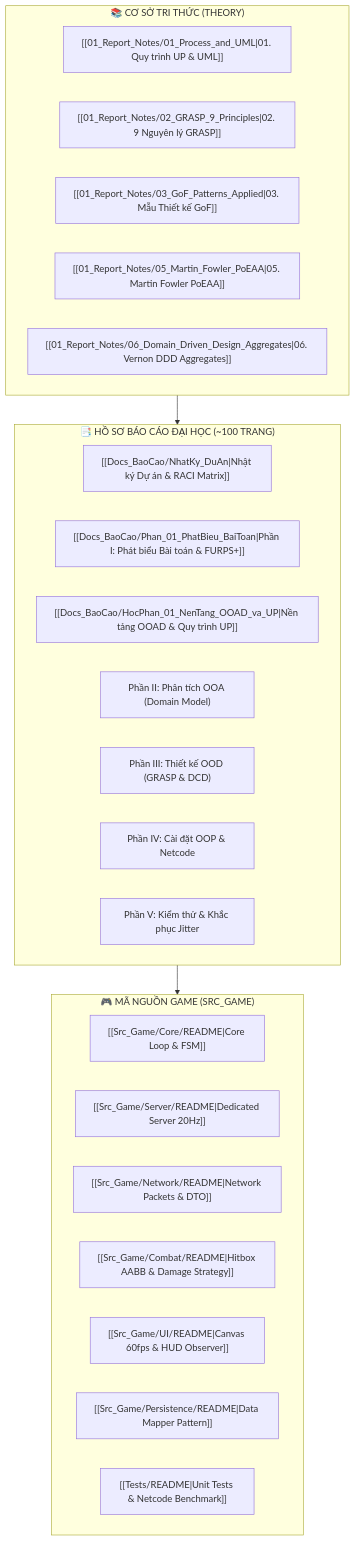
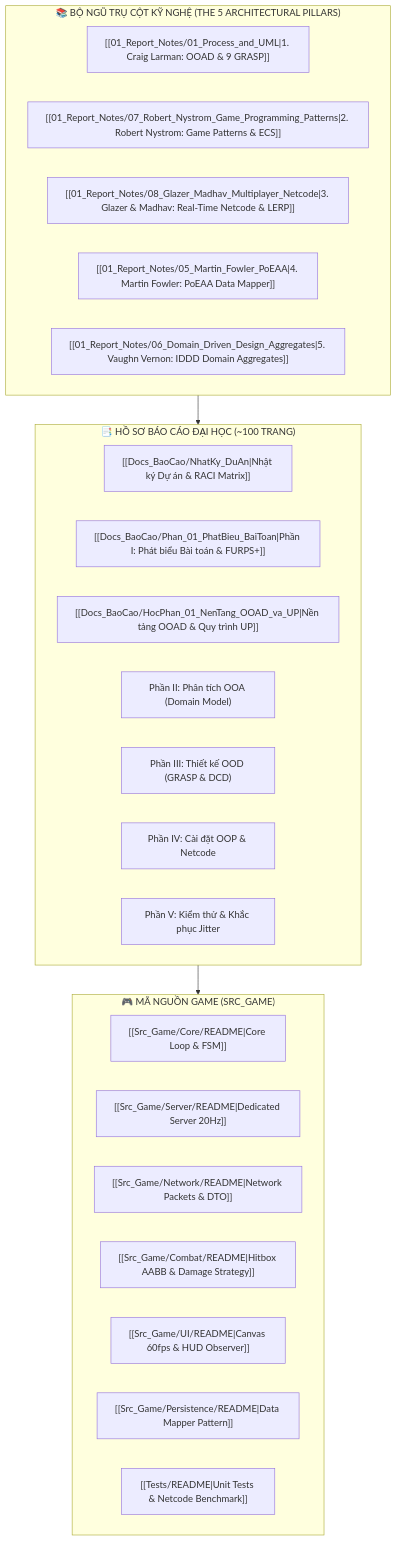
The diagram in DASHBOARD.md (Tran1209/UML-Patterns-Mastery), drawn with Mermaid before and after one commit. The commit also changed other lines of this file and 4 other files, not shown here.

Commit message:
feat(architecture): reform project architecture to integrate the 5 modern software engineering pillars

````diff
--- a/DASHBOARD.md
+++ b/DASHBOARD.md
@@ -23,33 +23,33 @@
 ```mermaid
 flowchart TD
-    subgraph KB["📚 CƠ SỞ TRI THỨC (THEORY)"]
-        K1["[[01_Report_Notes/01_Process_and_UML|01. Quy trình UP & UML]]"]
-        K2["[[01_Report_Notes/02_GRASP_9_Principles|02. 9 Nguyên lý GRASP]]"]
-        K3["[[01_Report_Notes/03_GoF_Patterns_Applied|03. Mẫu Thiết kế GoF]]"]
-        K4["[[01_Report_Notes/05_Martin_Fowler_PoEAA|05. Martin Fowler PoEAA]]"]
-        K5["[[01_Report_Notes/06_Domain_Driven_Design_Aggregates|06. Vernon DDD Aggregates]]"]
+    subgraph KB["📚 BỘ NGŨ TRỤ CỘT KỸ NGHỆ (THE 5 ARCHITECTURAL PILLARS)"]
+        K1["[[01_Report_Notes/01_Process_and_UML|1. Craig Larman: OOAD & 9 GRASP]]"]
+        K2["[[01_Report_Notes/07_Robert_Nystrom_Game_Programming_Patterns|2. Robert Nystrom: Game Patterns & ECS]]"]
+        K3["[[01_Report_Notes/08_Glazer_Madhav_Multiplayer_Netcode|3. Glazer & Madhav: Real-Time Netcode & LERP]]"]
+        K4["[[01_Report_Notes/05_Martin_Fowler_PoEAA|4. Martin Fowler: PoEAA Data Mapper]]"]
+        K5["[[01_Report_Notes/06_Domain_Driven_Design_Aggregates|5. Vaughn Vernon: IDDD Domain Aggregates]]"]
     end
 
     subgraph REPORT["📑 HỒ SƠ BÁO CÁO ĐẠI HỌC (~100 TRANG)"]
         R0["[[Docs_BaoCao/NhatKy_DuAn|Nhật ký Dự án & RACI Matrix]]"]
         R1["[[Docs_BaoCao/Phan_01_PhatBieu_BaiToan|Phần I: Phát biểu Bài toán & FURPS+]]"]
         R2["[[Docs_BaoCao/HocPhan_01_NenTang_OOAD_va_UP|Nền tảng OOAD & Quy trình UP]]"]
         R3["Phần II: Phân tích OOA (Domain Model)"]
         R4["Phần III: Thiết kế OOD (GRASP & DCD)"]
         R5["Phần IV: Cài đặt OOP & Netcode"]
         R6["Phần V: Kiểm thử & Khắc phục Jitter"]
     end
 
     subgraph CODE["🎮 MÃ NGUỒN GAME (SRC_GAME)"]
         C1["[[Src_Game/Core/README|Core Loop & FSM]]"]
         C2["[[Src_Game/Server/README|Dedicated Server 20Hz]]"]
         C3["[[Src_Game/Network/README|Network Packets & DTO]]"]
         C4["[[Src_Game/Combat/README|Hitbox AABB & Damage Strategy]]"]
         C5["[[Src_Game/UI/README|Canvas 60fps & HUD Observer]]"]
         C6["[[Src_Game/Persistence/README|Data Mapper Pattern]]"]
         C7["[[Tests/README|Unit Tests & Netcode Benchmark]]"]
     end
 
     KB --> REPORT
     REPORT --> CODE
 ```
````
